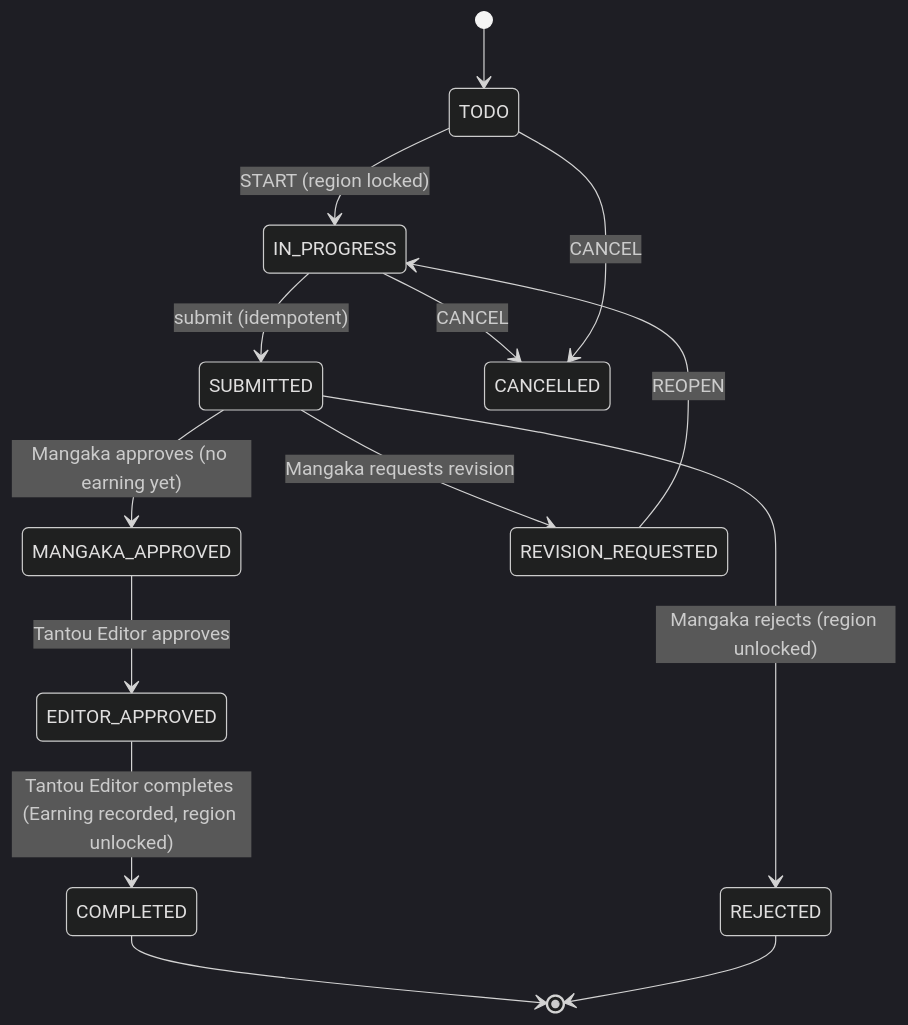
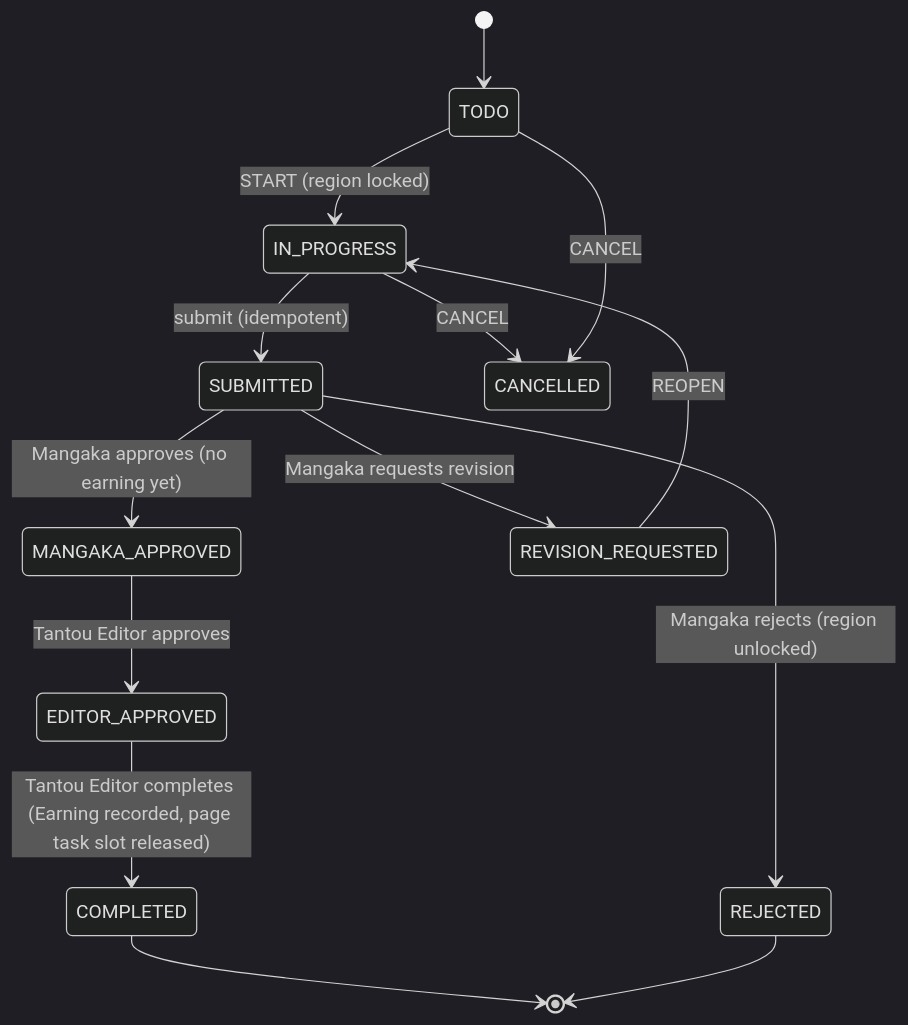
The fifth of 8 diagrams in BUSINESS_FLOW.md (ntu254/MangaFlow), drawn with Mermaid (dark theme) before and after one commit. The commit also changed other lines of this file and 3 other files, not shown here.

````diff
--- a/BUSINESS_FLOW.md
+++ b/BUSINESS_FLOW.md
@@ -307,16 +309,16 @@
 ```mermaid
 stateDiagram-v2
   [*] --> TODO
   TODO --> IN_PROGRESS: START (region locked)
   IN_PROGRESS --> SUBMITTED: submit (idempotent)
   SUBMITTED --> MANGAKA_APPROVED: Mangaka approves (no earning yet)
   SUBMITTED --> REVISION_REQUESTED: Mangaka requests revision
   SUBMITTED --> REJECTED: Mangaka rejects (region unlocked)
   REVISION_REQUESTED --> IN_PROGRESS: REOPEN
   MANGAKA_APPROVED --> EDITOR_APPROVED: Tantou Editor approves
-  EDITOR_APPROVED --> COMPLETED: Tantou Editor completes (Earning recorded, region unlocked)
+  EDITOR_APPROVED --> COMPLETED: Tantou Editor completes (Earning recorded, page task slot released)
   COMPLETED --> [*]
   REJECTED --> [*]
   IN_PROGRESS --> CANCELLED: CANCEL
   TODO --> CANCELLED: CANCEL
 ```
````
